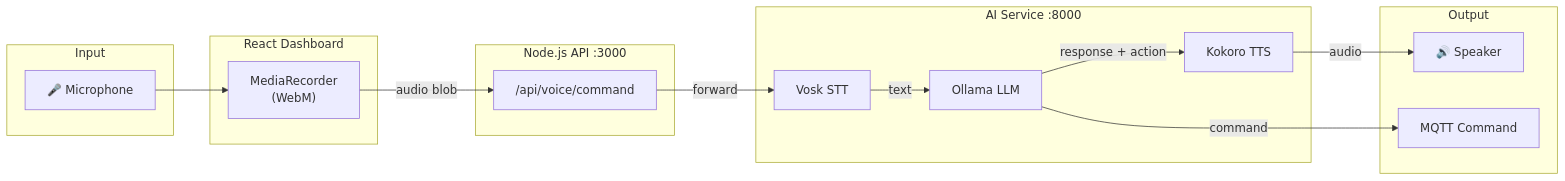
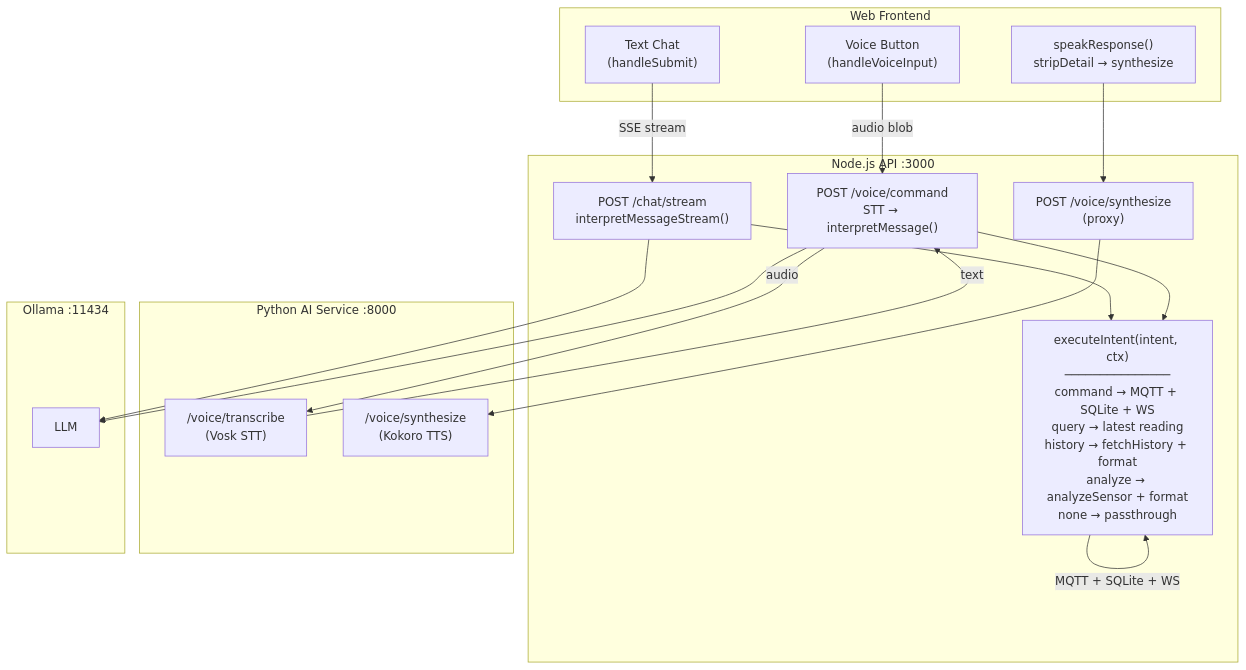
Before and after one commit to curtisblanchette/my-esp32-project: the fifth of 8 diagrams in README.md, drawn with Mermaid. The commit also changed other lines of this file and 5 other files, not shown here.

First line of the commit message:
refactor(api): unify voice and text chat intent execution

````diff
--- a/README.md
+++ b/README.md
@@ -194,33 +196,36 @@
 ```mermaid
-flowchart LR
-    subgraph Input
-        Mic["🎤 Microphone"]
-    end
-
-    subgraph WebApp["React Dashboard"]
-        Record["MediaRecorder<br/>(WebM)"]
+flowchart TB
+    subgraph Frontend["Web Frontend"]
+        TextChat["Text Chat<br/>(handleSubmit)"]
+        VoiceBtn["Voice Button<br/>(handleVoiceInput)"]
+        TTS["speakResponse()<br/>stripDetail → synthesize"]
     end
 
     subgraph NodeAPI["Node.js API :3000"]
-        Proxy1["/api/voice/command"]
+        ChatStream["POST /chat/stream<br/>interpretMessageStream()"]
+        VoiceCmd["POST /voice/command<br/>STT → interpretMessage()"]
+        SynthProxy["POST /voice/synthesize<br/>(proxy)"]
+
+        Executor["executeIntent(intent, ctx)<br/>───────────────<br/>command → MQTT + SQLite + WS<br/>query → latest reading<br/>history → fetchHistory + format<br/>analyze → analyzeSensor + format<br/>none → passthrough"]
     end
 
-    subgraph PythonAI["AI Service :8000"]
-        STT["Vosk STT"]
-        LLM["Ollama LLM"]
-        TTS["Kokoro TTS"]
+    subgraph PythonAI["Python AI Service :8000"]
+        STT["/voice/transcribe<br/>(Vosk STT)"]
+        TTSService["/voice/synthesize<br/>(Kokoro TTS)"]
     end
 
-    subgraph Output
-        Speaker["🔊 Speaker"]
-        MQTT["MQTT Command"]
+    subgraph Ollama["Ollama :11434"]
+        LLM["LLM"]
     end
 
-    Mic --> Record
-    Record -->|audio blob| Proxy1
-    Proxy1 -->|forward| STT
-    STT -->|text| LLM
-    LLM -->|response + action| TTS
-    LLM -->|command| MQTT
-    TTS -->|audio| Speaker
+    TextChat -->|SSE stream| ChatStream
+    VoiceBtn -->|audio blob| VoiceCmd
+    ChatStream --> LLM
+    VoiceCmd -->|audio| STT
+    STT -->|text| VoiceCmd
+    VoiceCmd --> LLM
+    ChatStream --> Executor
+    VoiceCmd --> Executor
+    Executor -->|MQTT + SQLite + WS| Executor
+    TTS --> SynthProxy --> TTSService
 ```
````
